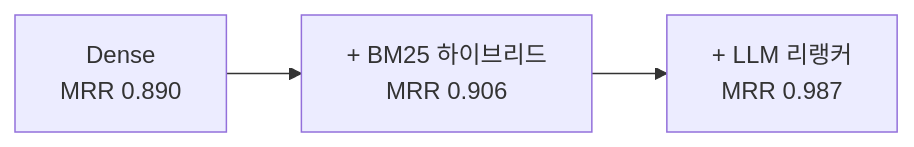
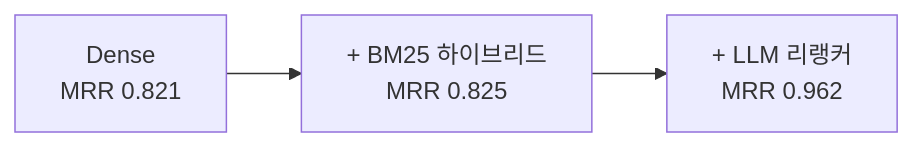
Before and after one commit to lululalalalalalalalaaa/prototype: the third of 3 diagrams in README.md, drawn with Mermaid. The commit also changed other lines of this file and 4 other files, not shown here.

````diff
--- a/README.md
+++ b/README.md
@@ -72,5 +76,5 @@
 ```mermaid
 flowchart LR
-  D["Dense<br/>MRR 0.890"] --> Hy["+ BM25 하이브리드<br/>MRR 0.906"]
-  Hy --> Re["+ LLM 리랭커<br/>MRR 0.987"]
+  D["Dense<br/>MRR 0.821"] --> Hy["+ BM25 하이브리드<br/>MRR 0.825"]
+  Hy --> Re["+ LLM 리랭커<br/>MRR 0.962"]
 ```
````
